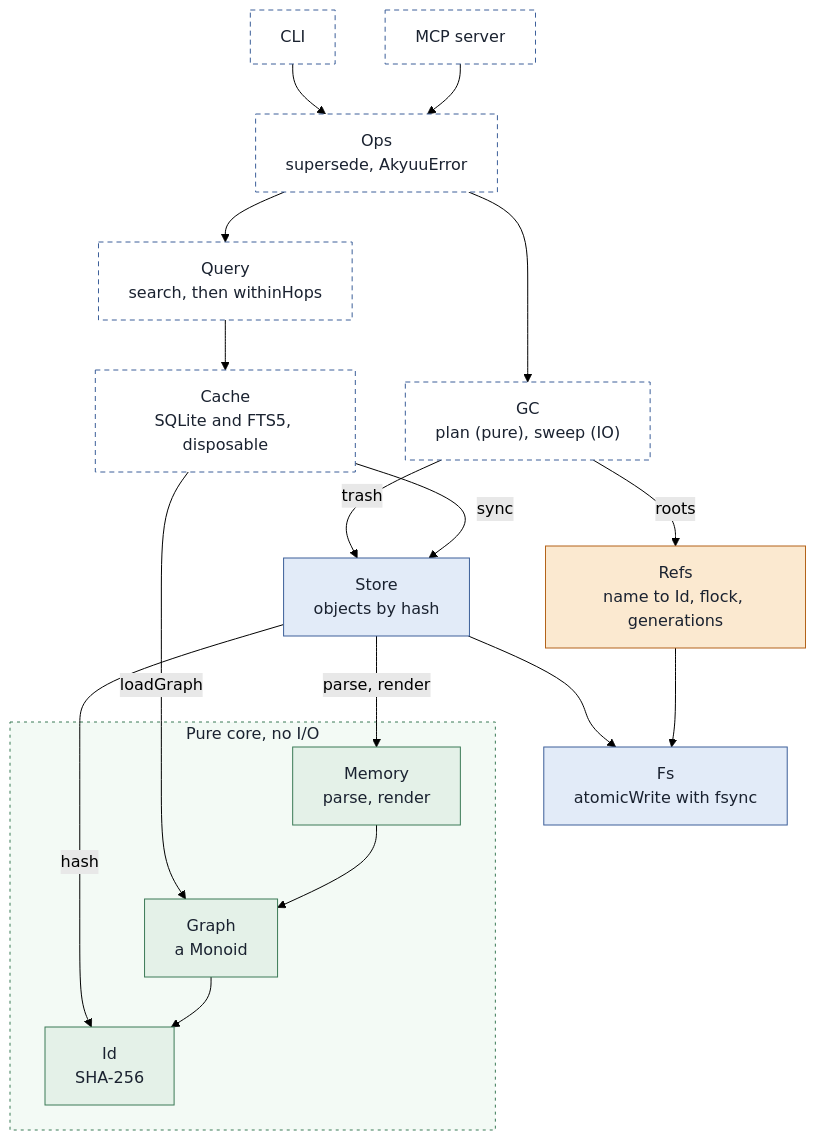
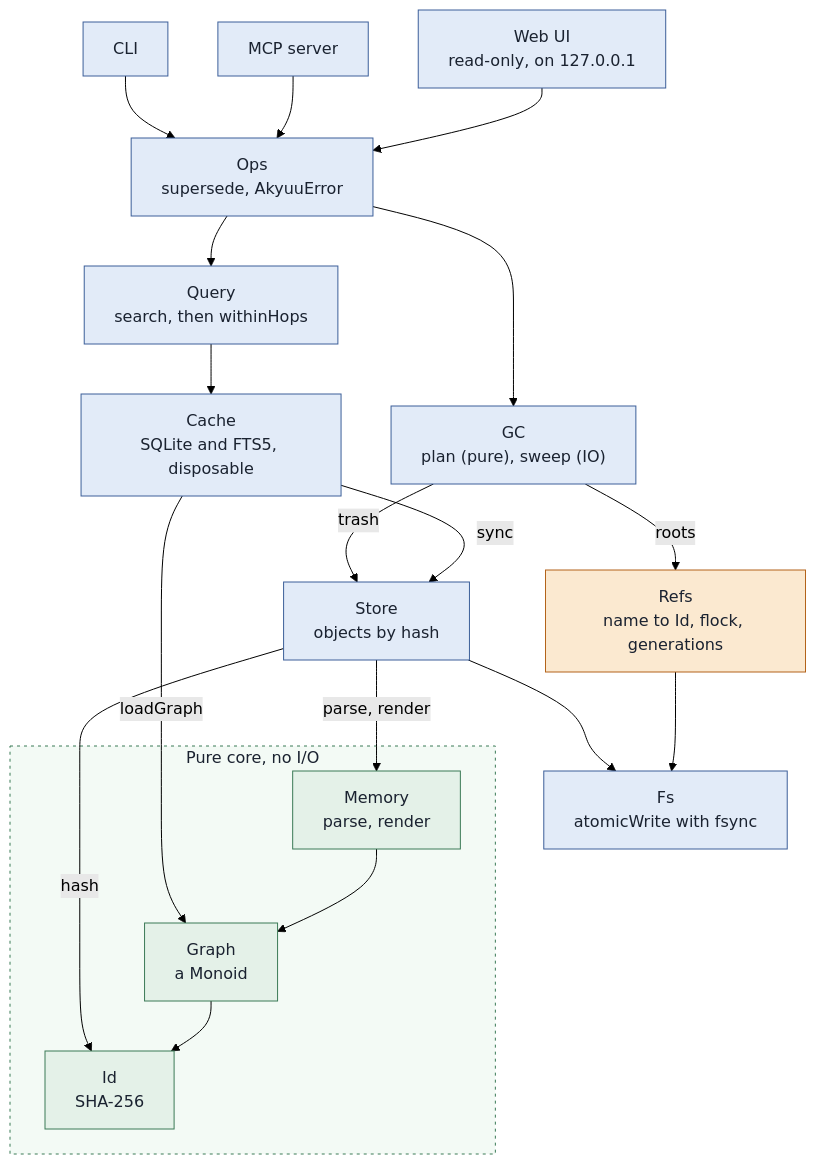
One commit to lillycham/akyuu changed the diagram in README.md. Above: the diagram before and after it, drawn with Mermaid (forest theme). The commit also changed other lines of this file and 1 other file, not shown here.

Commit message:
docs: record the web UI in the TODO and the README
TODO.md gets a Web UI section with the decisions and what is not done.
The README diagram shows the web UI. The modules that it showed as
planned are done, so the diagram no longer marks them.

````diff
--- a/README.md
+++ b/README.md
@@ -34,44 +34,44 @@
 ```mermaid
 flowchart TD
   CLI["CLI"]
   MCP["MCP server"]
+  Web["Web UI<br/>read-only, on 127.0.0.1"]
   Ops["Ops<br/>supersede, AkyuuError"]
   Query["Query<br/>search, then withinHops"]
   GC["GC<br/>plan (pure), sweep (IO)"]
   Cache["Cache<br/>SQLite and FTS5, disposable"]
   Store["Store<br/>objects by hash"]
   Refs["Refs<br/>name to Id, flock, generations"]
   Fs["Fs<br/>atomicWrite with fsync"]
 
   subgraph core ["Pure core, no I/O"]
     Memory["Memory<br/>parse, render"]
     Graph["Graph<br/>a Monoid"]
     Id["Id<br/>SHA-256"]
   end
 
   CLI --> Ops
   MCP --> Ops
+  Web --> Ops
   Ops --> Query
   Ops --> GC
   Query --> Cache
   GC -->|roots| Refs
   GC -->|trash| Store
   Cache -->|sync| Store
   Cache -->|loadGraph| Graph
   Store --> Fs
   Refs --> Fs
   Store -->|parse, render| Memory
   Store -->|hash| Id
   Memory --> Graph
   Graph --> Id
 
   classDef pure fill:#e4f1e8,stroke:#3b7a56,color:#1a2230
   classDef io fill:#e2ebf8,stroke:#3c5f99,color:#1a2230
   classDef mut fill:#fbe9d0,stroke:#b3631a,color:#1a2230
-  classDef planned fill:#ffffff,stroke:#3c5f99,stroke-dasharray:5 4,color:#1a2230
   class Memory,Graph,Id pure
-  class Store,Fs io
+  class Store,Fs,CLI,MCP,Web,Ops,Query,GC,Cache io
   class Refs mut
-  class CLI,MCP,Ops,Query,GC,Cache planned
   style core fill:#f3faf5,stroke:#3b7a56,stroke-dasharray:3 4,color:#1a2230
 ```
````
